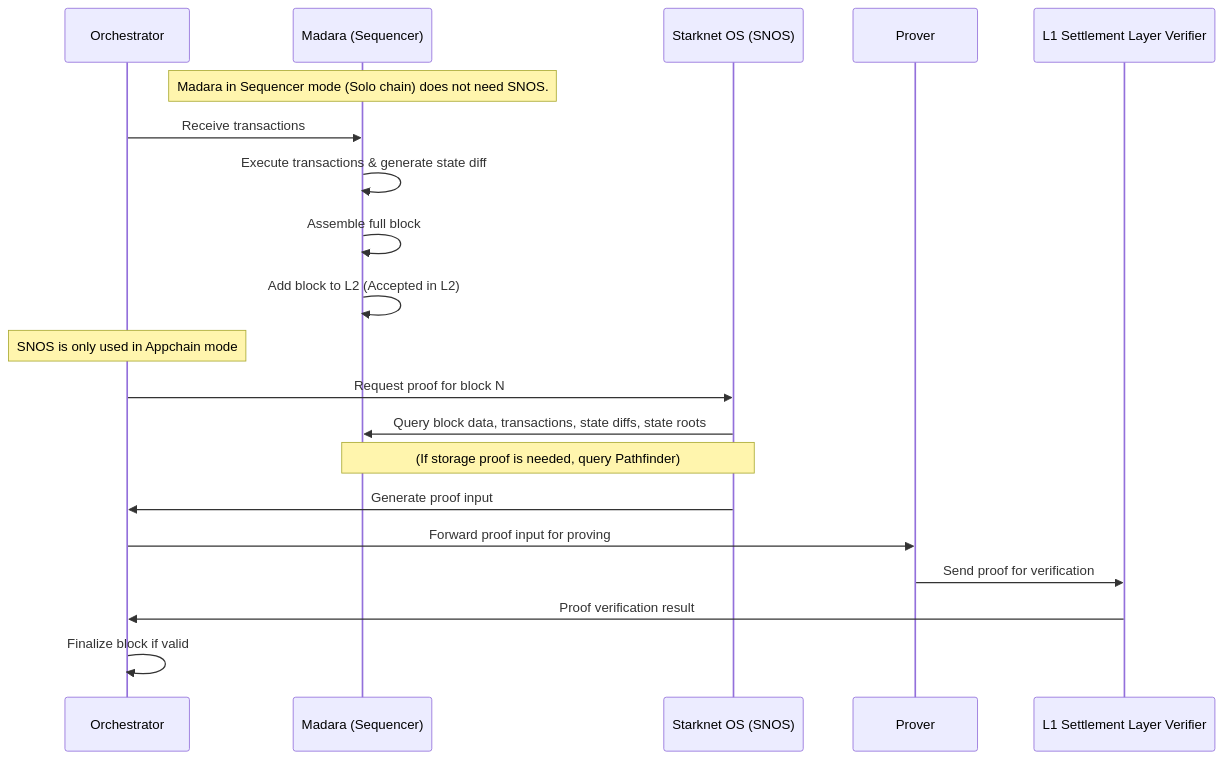
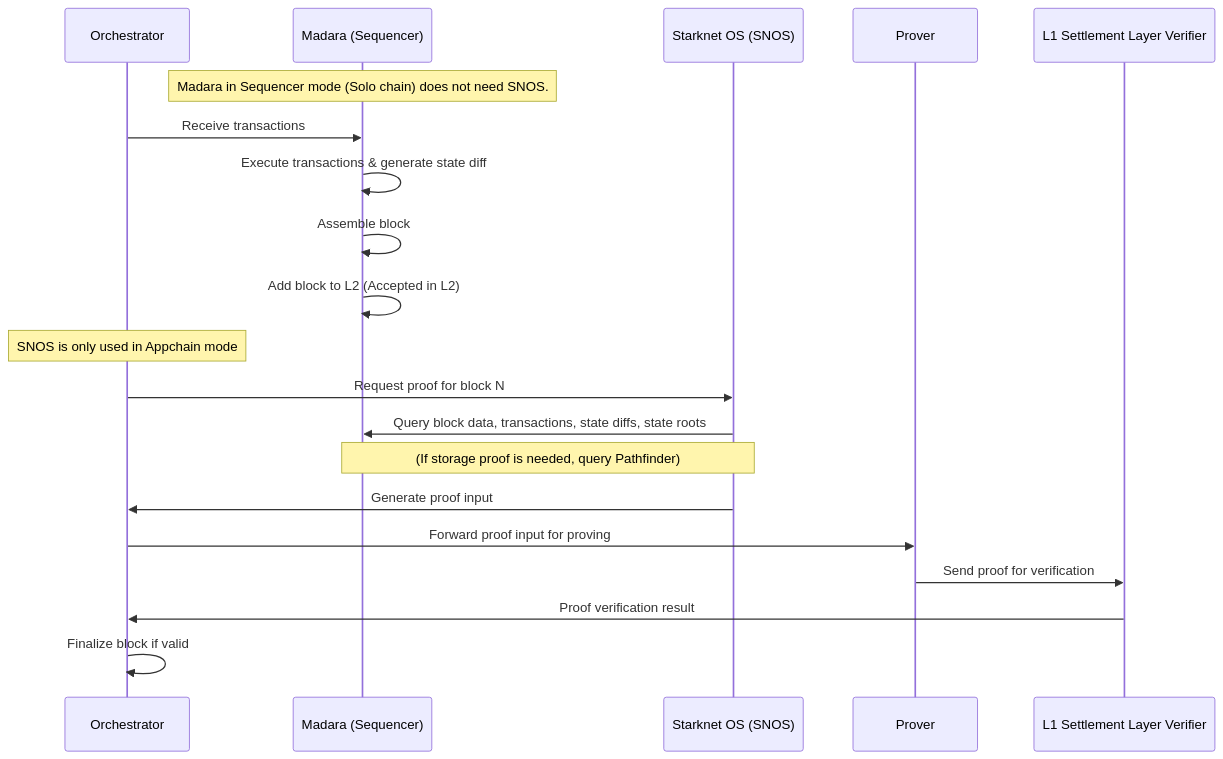
The diagram in docs/chain/architecture.md (walnuthq/madara-docs), drawn with Mermaid before and after one commit. The commit also changed other lines of this file, not shown here.

````diff
--- a/docs/chain/architecture.md
+++ b/docs/chain/architecture.md
@@ -35,28 +35,28 @@
 ```mermaid
 sequenceDiagram
 
     participant Orchestrator
     participant Sequencer as Madara (Sequencer)
     participant SNOS as Starknet OS (SNOS)
     participant Prover
     participant L1_Verifier as L1 Settlement Layer Verifier
 
     Note over Sequencer: Madara in Sequencer mode (Solo chain) does not need SNOS.
 
     Orchestrator ->> Sequencer: Receive transactions
     Sequencer ->> Sequencer: Execute transactions & generate state diff
-    Sequencer ->> Sequencer: Assemble full block
+    Sequencer ->> Sequencer: Assemble block
     Sequencer ->> Sequencer: Add block to L2 (Accepted in L2)
 
     Note over Orchestrator: SNOS is only used in Appchain mode
 
     Orchestrator ->> SNOS: Request proof for block N
     SNOS ->> Sequencer: Query block data, transactions, state diffs, state roots
     Note over SNOS, Sequencer: (If storage proof is needed, query Pathfinder)
     SNOS ->> Orchestrator: Generate proof input
     Orchestrator ->> Prover: Forward proof input for proving
     Prover ->> L1_Verifier: Send proof for verification
     L1_Verifier ->> Orchestrator: Proof verification result
     Orchestrator ->> Orchestrator: Finalize block if valid
 
 ```
````
